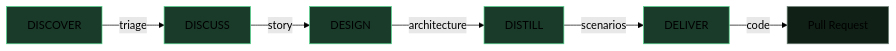
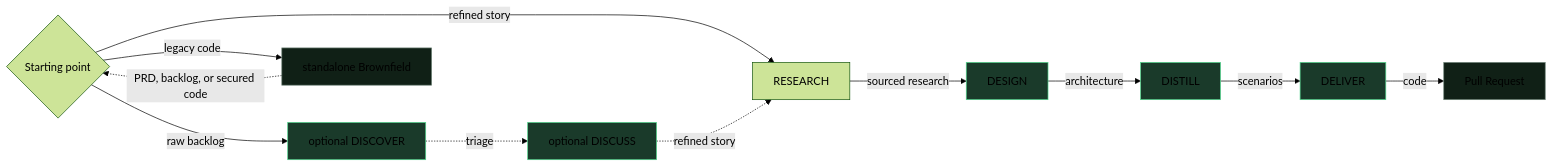
The diagram in docs/site/en/index.md (SebastienDegodez/skraft-plugin), drawn with Mermaid (forest theme) before and after one commit. The commit also changed other lines of this file and 3 other files, not shown here.

````diff
--- a/docs/site/en/index.md
+++ b/docs/site/en/index.md
@@ -47,14 +53,20 @@
 ```mermaid
-graph LR
-    D[DISCOVER] -->|triage| DI[DISCUSS]
-    DI -->|story| DE[DESIGN]
+flowchart LR
+    C{Starting point} -->|raw backlog| D[optional DISCOVER]
+    C -->|refined story| R[RESEARCH]
+    C -->|legacy code| BF[standalone Brownfield]
+    BF -.->|PRD, backlog, or secured code| C
+    D -.->|triage| DI[optional DISCUSS]
+    DI -.->|refined story| R
+    R -->|sourced research| DE[DESIGN]
     DE -->|architecture| DIS[DISTILL]
     DIS -->|scenarios| DEL[DELIVER]
     DEL -->|code| PR[Pull Request]
+    style BF fill:#102016,stroke:#6f8478
     style D fill:#1a3a2a,stroke:#4ed58a
     style DI fill:#1a3a2a,stroke:#4ed58a
     style DE fill:#1a3a2a,stroke:#4ed58a
     style DIS fill:#1a3a2a,stroke:#4ed58a
     style DEL fill:#1a3a2a,stroke:#4ed58a
     style PR fill:#102016,stroke:#6f8478
 ```
````
